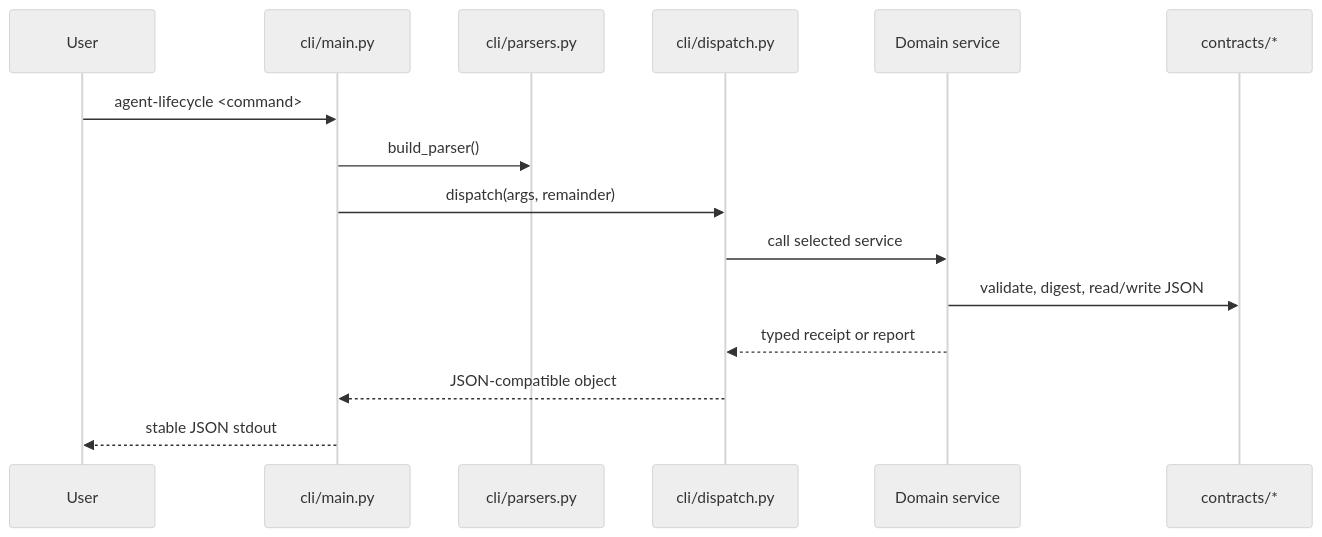
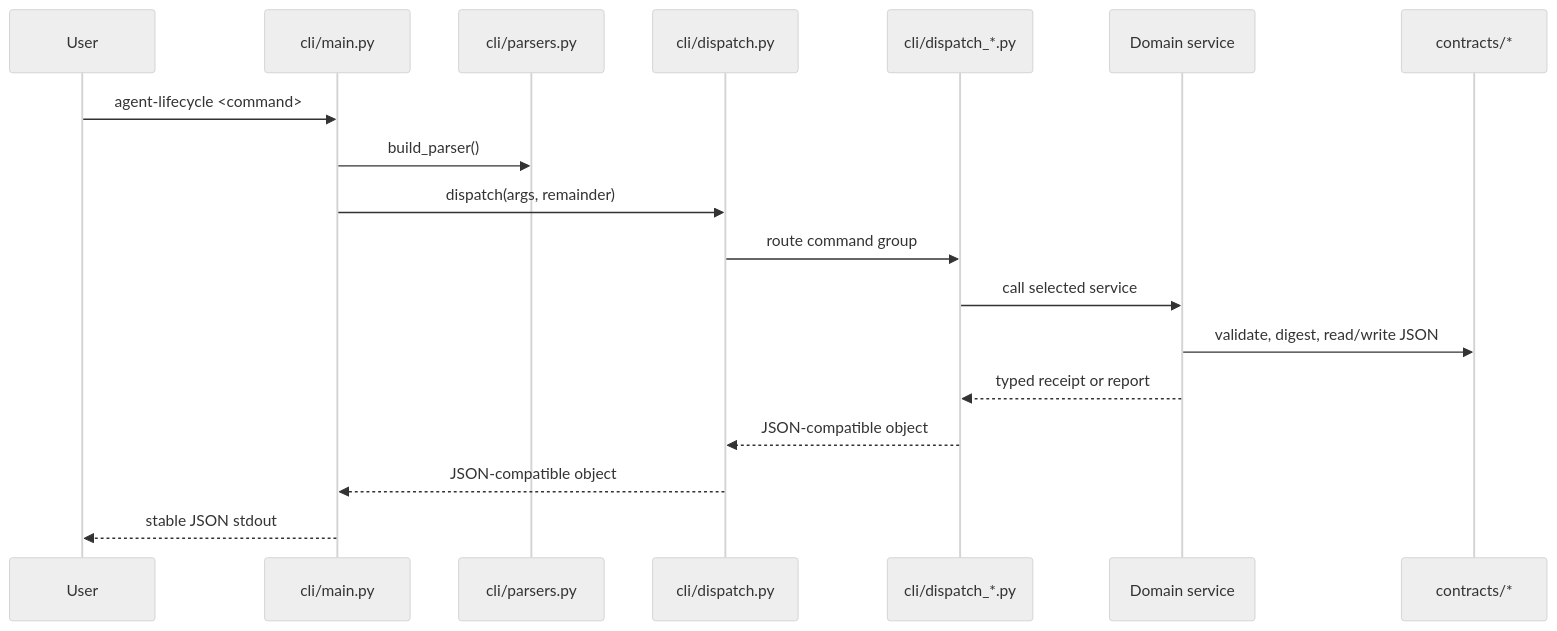
The fifth of 12 diagrams in docs/architecture/system-architecture.md (avksp/agent-lifecycle-kit), drawn with Mermaid (neutral theme) before and after one commit. The commit also changed other lines of this file and 123 other files, not shown here.

````diff
--- a/docs/architecture/system-architecture.md
+++ b/docs/architecture/system-architecture.md
@@ -228,18 +228,21 @@
 ```mermaid
 sequenceDiagram
   participant User
   participant Main as cli/main.py
   participant Parser as cli/parsers.py
   participant Dispatch as cli/dispatch.py
+  participant Handler as cli/dispatch_*.py
   participant Service as Domain service
   participant Contracts as contracts/*
 
   User->>Main: agent-lifecycle <command>
   Main->>Parser: build_parser()
   Main->>Dispatch: dispatch(args, remainder)
-  Dispatch->>Service: call selected service
+  Dispatch->>Handler: route command group
+  Handler->>Service: call selected service
   Service->>Contracts: validate, digest, read/write JSON
-  Service-->>Dispatch: typed receipt or report
+  Service-->>Handler: typed receipt or report
+  Handler-->>Dispatch: JSON-compatible object
   Dispatch-->>Main: JSON-compatible object
   Main-->>User: stable JSON stdout
 ```
````
